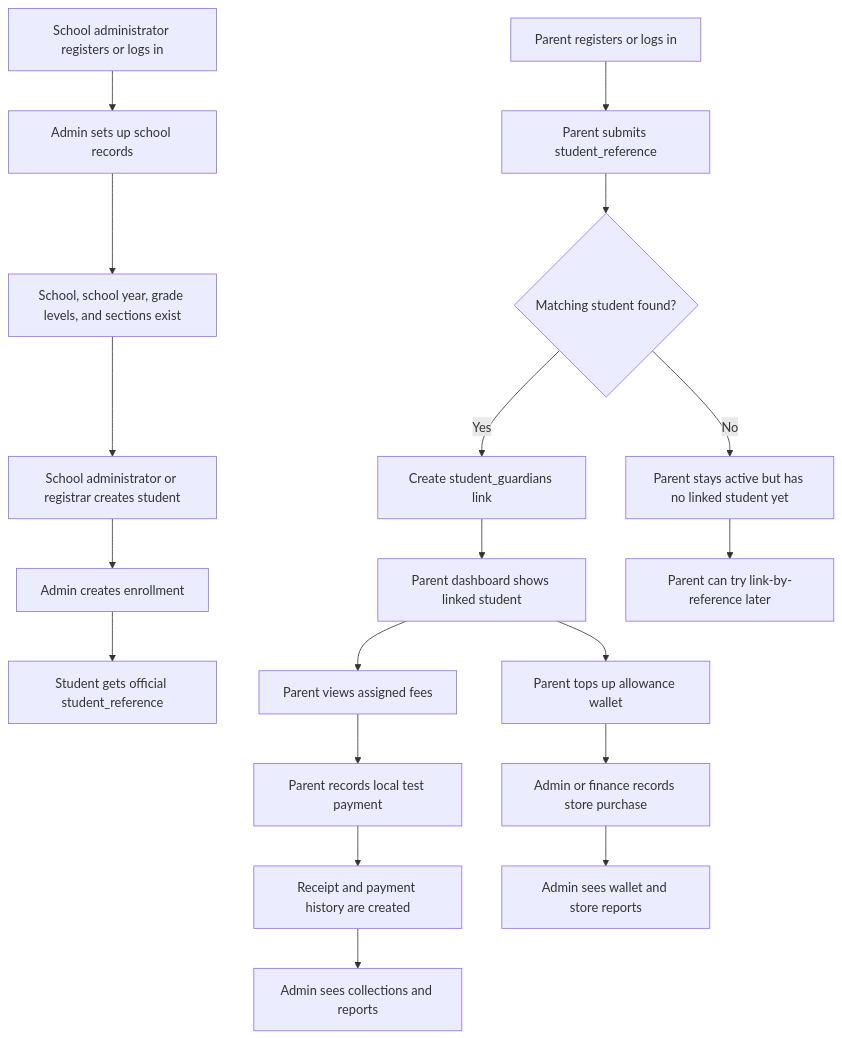
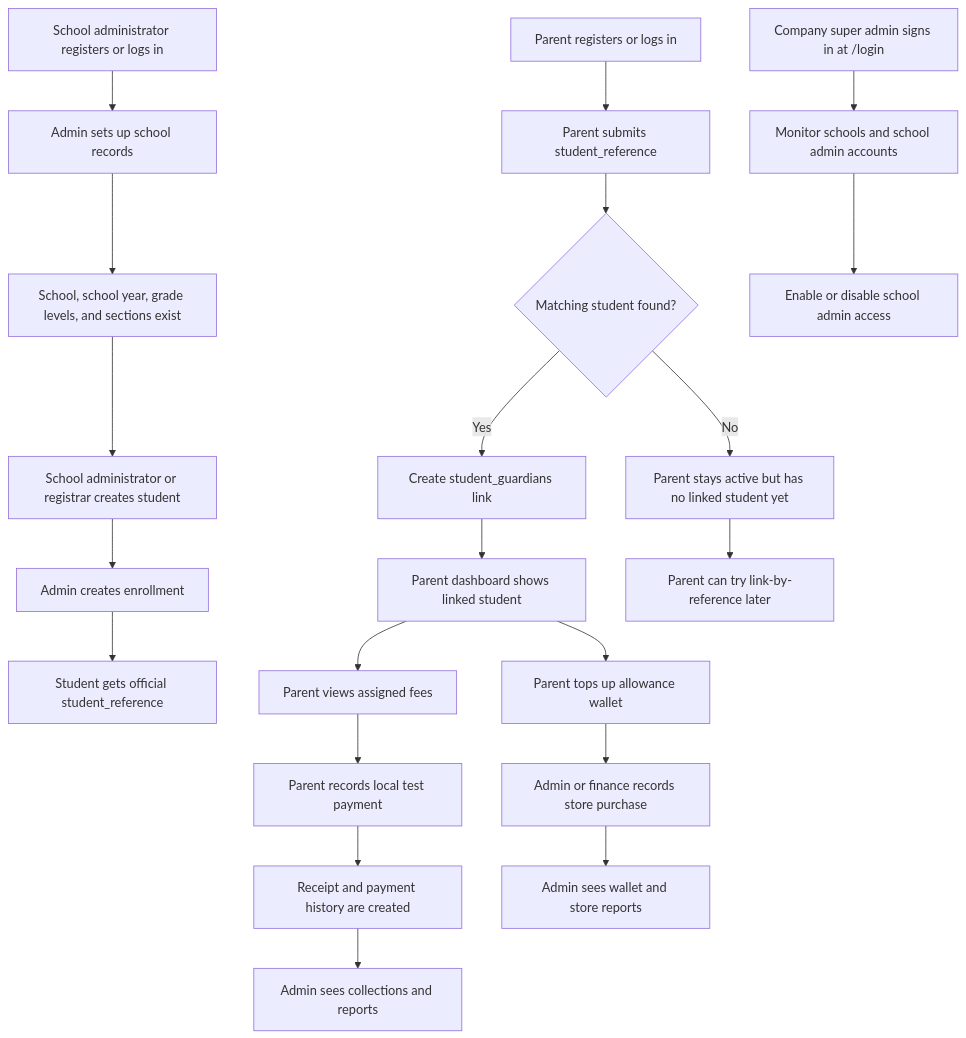
The first of 21 diagrams in docs/PROJECT_FLOWCHARTS.md (Xeyn19/xmetapay), drawn with Mermaid before and after one commit. The commit also changed other lines of this file and 24 other files, not shown here.

````diff
--- a/docs/PROJECT_FLOWCHARTS.md
+++ b/docs/PROJECT_FLOWCHARTS.md
@@ -71,24 +73,26 @@
 ```mermaid
 flowchart TD
   A["School administrator registers or logs in"] --> B["Admin sets up school records"]
   B --> C["School, school year, grade levels, and sections exist"]
   C --> D["School administrator or registrar creates student"]
   D --> E["Admin creates enrollment"]
   E --> F["Student gets official student_reference"]
 
   G["Parent registers or logs in"] --> H["Parent submits student_reference"]
   H --> I{"Matching student found?"}
   I -->|Yes| J["Create student_guardians link"]
   I -->|No| K["Parent stays active but has no linked student yet"]
   J --> L["Parent dashboard shows linked student"]
   K --> M["Parent can try link-by-reference later"]
 
   L --> N["Parent views assigned fees"]
   N --> O["Parent records local test payment"]
   O --> P["Receipt and payment history are created"]
   L --> Q["Parent tops up allowance wallet"]
   Q --> R["Admin or finance records store purchase"]
 
   P --> S["Admin sees collections and reports"]
   R --> T["Admin sees wallet and store reports"]
+  U["Company super admin signs in at /login"] --> V["Monitor schools and school admin accounts"]
+  V --> W["Enable or disable school admin access"]
 ```
````
